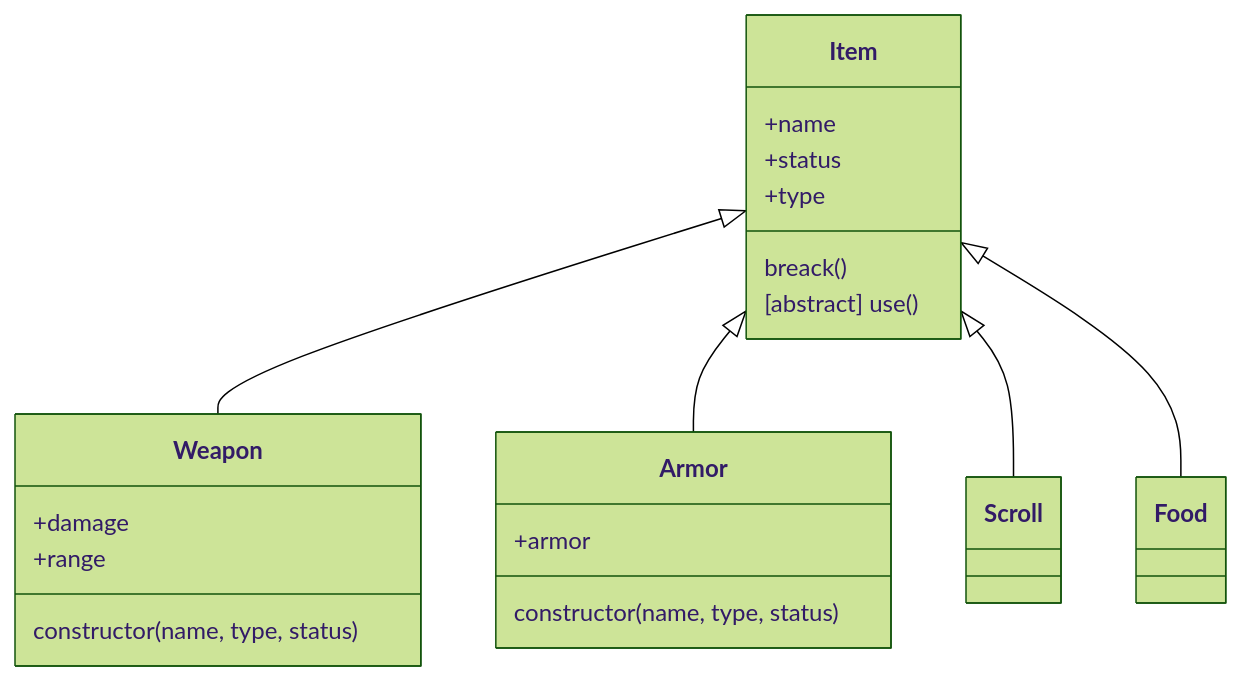
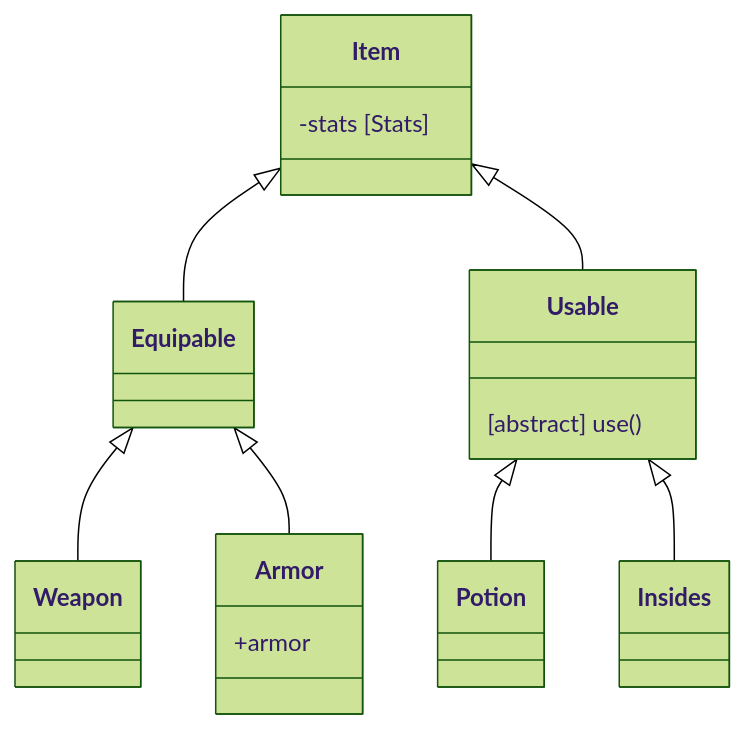
One commit to AugustinPech/Java_cours_campus changed the second of 3 diagrams in docs/DonjonAndDragons/classDiagram.md. Above: the diagram before and after it, drawn with Mermaid (forest theme). The commit also changed other lines of this file and 11 other files, not shown here.

````diff
--- a/docs/DonjonAndDragons/classDiagram.md
+++ b/docs/DonjonAndDragons/classDiagram.md
@@ -59,27 +31,20 @@
 ```mermaid
 classDiagram
-    Item <|-- Weapon
-    Item <|-- Armor
-    Item <|-- Scroll
-    Item <|-- Food
+    Item <|-- Equipable
+    Item <|-- Usable
+    Equipable <|-- Weapon
+    Equipable <|-- Armor
+    Usable <|-- Potion
+    Usable <|-- Insides
     class Item {
-        +name
-        +status
-        +type
-        breack()
-        [abstract] use()
+        -stats [Stats]   
     }
     class Weapon {
-        +damage
-        +range
-        constructor(name, type, status)
     }
     class Armor{
         +armor
-        constructor(name, type, status)
     }
-    class Scroll{
-    }
-    class Food {
+    class Usable {
+        [abstract] use()
     }
 ```
````
